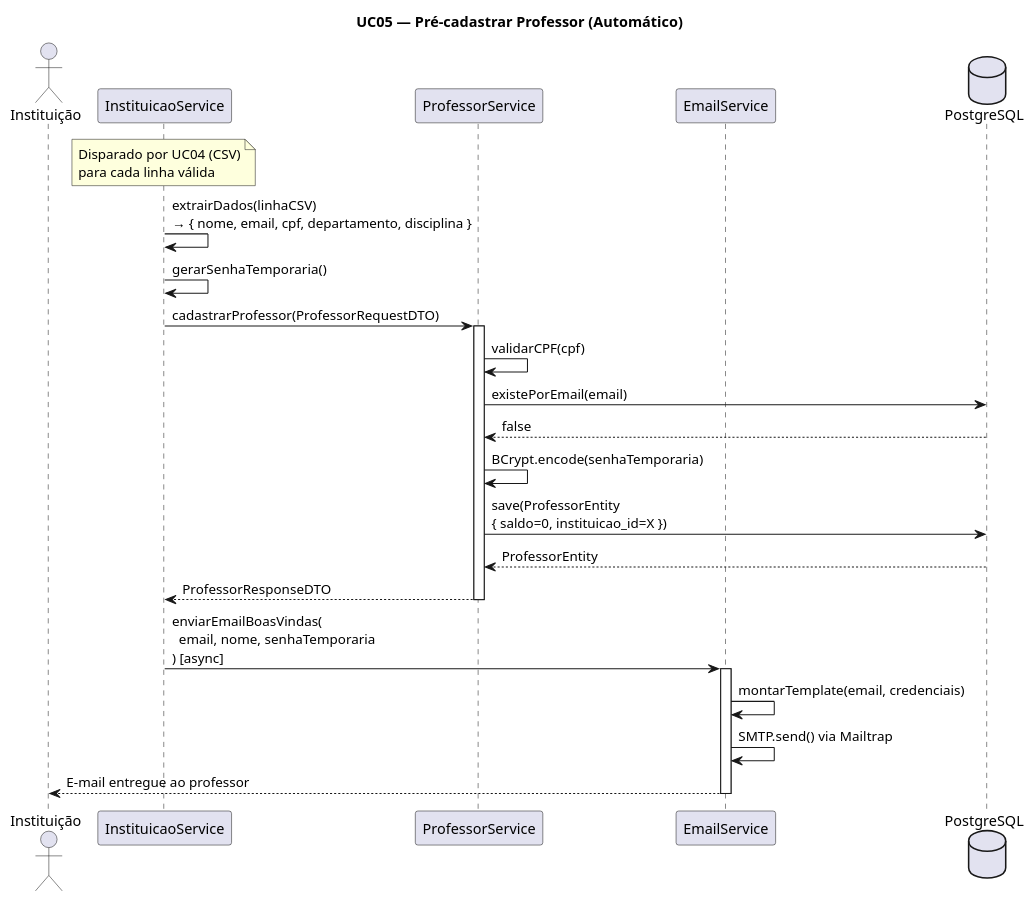
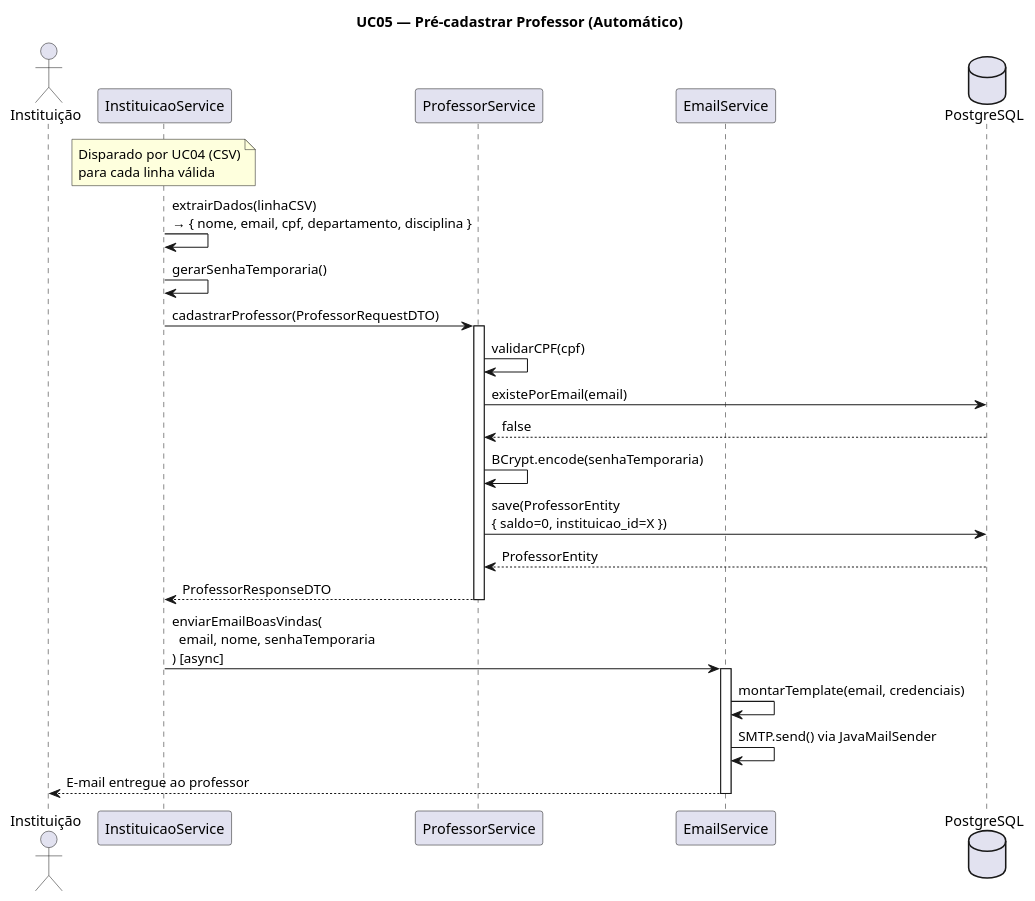
Before and after one commit to bernardogomes25/braincoins: the fifth of 19 diagrams in docs/diagramas_sequencia/README.md, drawn with PlantUML. The commit also changed other lines of this file and 15 other files, not shown here.

````diff
--- a/docs/diagramas_sequencia/README.md
+++ b/docs/diagramas_sequencia/README.md
@@ -250,37 +250,37 @@
 ```plantuml
 @startuml UC05 - Pre-cadastrar Professor (auto)
 title UC05 — Pré-cadastrar Professor (Automático)
 
 actor "Instituição" as I
 participant "InstituicaoService" as IS
 participant "ProfessorService" as PS
 participant "EmailService" as ES
 database "PostgreSQL" as DB
 
 note over IS: Disparado por UC04 (CSV)\npara cada linha válida
 
 IS -> IS: extrairDados(linhaCSV)\n→ { nome, email, cpf, departamento, disciplina }
 IS -> IS: gerarSenhaTemporaria()
 
 IS -> PS: cadastrarProfessor(ProfessorRequestDTO)
 activate PS
 
 PS -> PS: validarCPF(cpf)
 PS -> DB: existePorEmail(email)
 DB --> PS: false
 
 PS -> PS: BCrypt.encode(senhaTemporaria)
 PS -> DB: save(ProfessorEntity\n{ saldo=0, instituicao_id=X })
 DB --> PS: ProfessorEntity
 
 PS --> IS: ProfessorResponseDTO
 deactivate PS
 
 IS -> ES: enviarEmailBoasVindas(\n  email, nome, senhaTemporaria\n) [async]
 activate ES
 ES -> ES: montarTemplate(email, credenciais)
-ES -> ES: SMTP.send() via Mailtrap
+ES -> ES: SMTP.send() via JavaMailSender
 ES --> I: E-mail entregue ao professor
 deactivate ES
 @enduml
 ```
````
